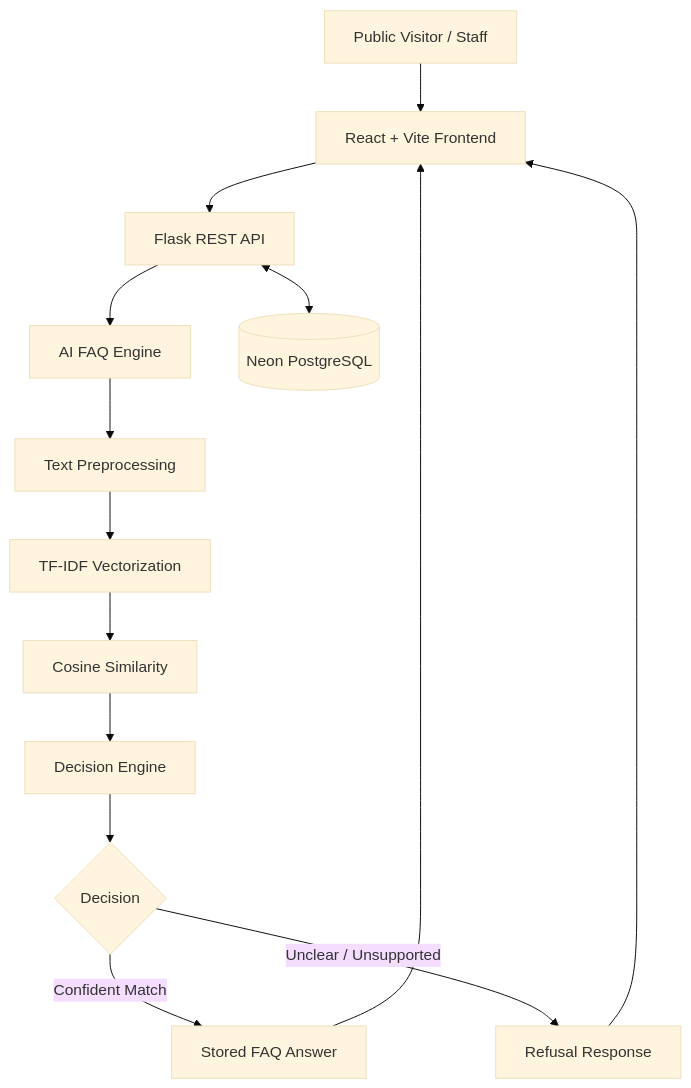
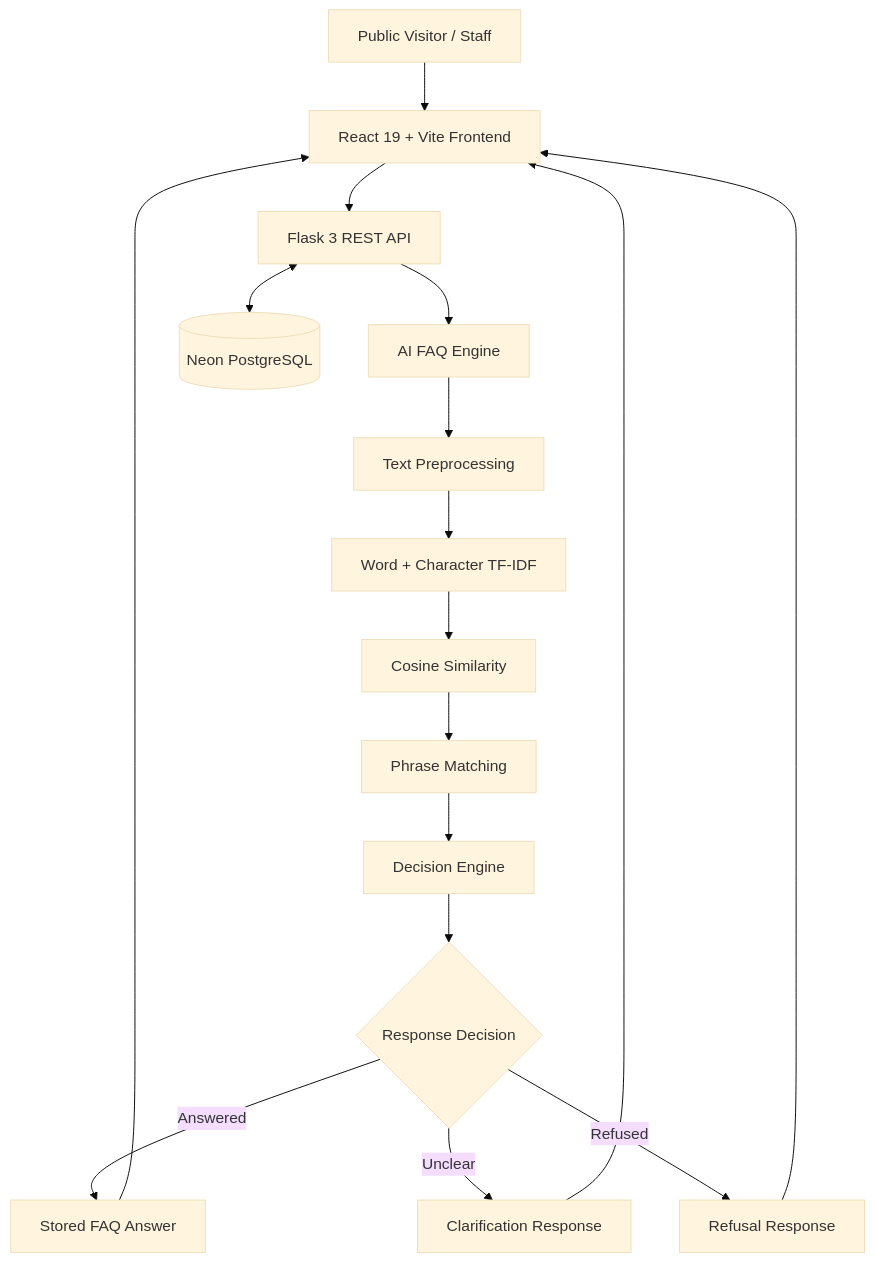
Before and after one commit to Priyanshu-pandey1/Arc-Lite: the diagram in README.md, drawn with Mermaid (base theme). The commit also changed other lines of this file, not shown here.

````diff
--- a/README.md
+++ b/README.md
@@ -122,20 +151,26 @@
 ```mermaid
 flowchart TD
-    A[Public Visitor / Staff] --> B[React + Vite Frontend]
-    B --> C[Flask REST API]
+    A[Public Visitor / Staff] --> B[React 19 + Vite Frontend]
+
+    B --> C[Flask 3 REST API]
 
     C --> D[AI FAQ Engine]
+
     D --> E[Text Preprocessing]
-    E --> F[TF-IDF Vectorization]
+    E --> F[Word + Character TF-IDF]
     F --> G[Cosine Similarity]
-    G --> H[Decision Engine]
+    G --> H[Phrase Matching]
+    H --> I[Decision Engine]
 
-    H --> I{Decision}
-    I -->|Confident Match| J[Stored FAQ Answer]
-    I -->|Unclear / Unsupported| K[Refusal Response]
+    I --> J{Response Decision}
 
-    C <--> L[(Neon PostgreSQL)]
+    J -->|Answered| K[Stored FAQ Answer]
+    J -->|Unclear| L[Clarification Response]
+    J -->|Refused| M[Refusal Response]
 
-    J --> B
+    C <--> N[(Neon PostgreSQL)]
+
     K --> B
+    L --> B
+    M --> B
 ```
````
